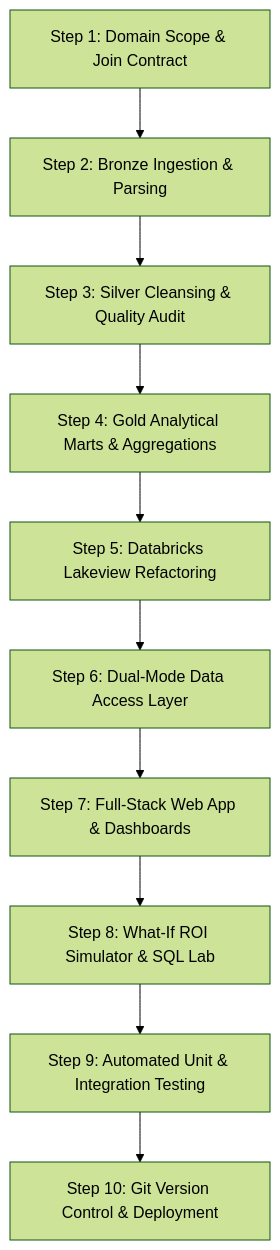
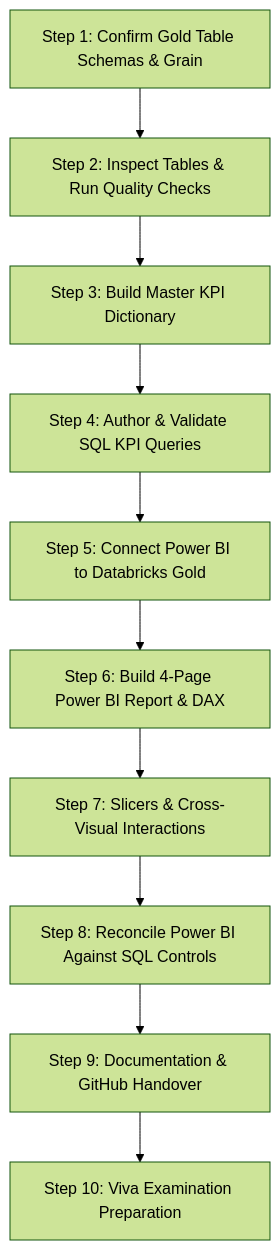
The diagram in README.md (ridhi2307/Telecom-Project), drawn with Mermaid (forest theme) before and after one commit. The commit also changed other lines of this file and 8 other files, not shown here.

First line of the commit message:
feat: align Member 3 deliverables with Power BI dashboard and Gold SQL KPI suite

````diff
--- a/README.md
+++ b/README.md
@@ -30,12 +43,12 @@
 ```mermaid
 flowchart TD
-    S1["Step 1: Domain Scope & Join Contract"] --> S2["Step 2: Bronze Ingestion & Parsing"]
-    S2 --> S3["Step 3: Silver Cleansing & Quality Audit"]
-    S3 --> S4["Step 4: Gold Analytical Marts & Aggregations"]
-    S4 --> S5["Step 5: Databricks Lakeview Refactoring"]
-    S5 --> S6["Step 6: Dual-Mode Data Access Layer"]
-    S6 --> S7["Step 7: Full-Stack Web App & Dashboards"]
-    S7 --> S8["Step 8: What-If ROI Simulator & SQL Lab"]
-    S8 --> S9["Step 9: Automated Unit & Integration Testing"]
-    S9 --> S10["Step 10: Git Version Control & Deployment"]
+    S1["Step 1: Confirm Gold Table Schemas & Grain"] --> S2["Step 2: Inspect Tables & Run Quality Checks"]
+    S2 --> S3["Step 3: Build Master KPI Dictionary"]
+    S3 --> S4["Step 4: Author & Validate SQL KPI Queries"]
+    S4 --> S5["Step 5: Connect Power BI to Databricks Gold"]
+    S5 --> S6["Step 6: Build 4-Page Power BI Report & DAX"]
+    S6 --> S7["Step 7: Slicers & Cross-Visual Interactions"]
+    S7 --> S8["Step 8: Reconcile Power BI Against SQL Controls"]
+    S8 --> S9["Step 9: Documentation & GitHub Handover"]
+    S9 --> S10["Step 10: Viva Examination Preparation"]
 ```
````
